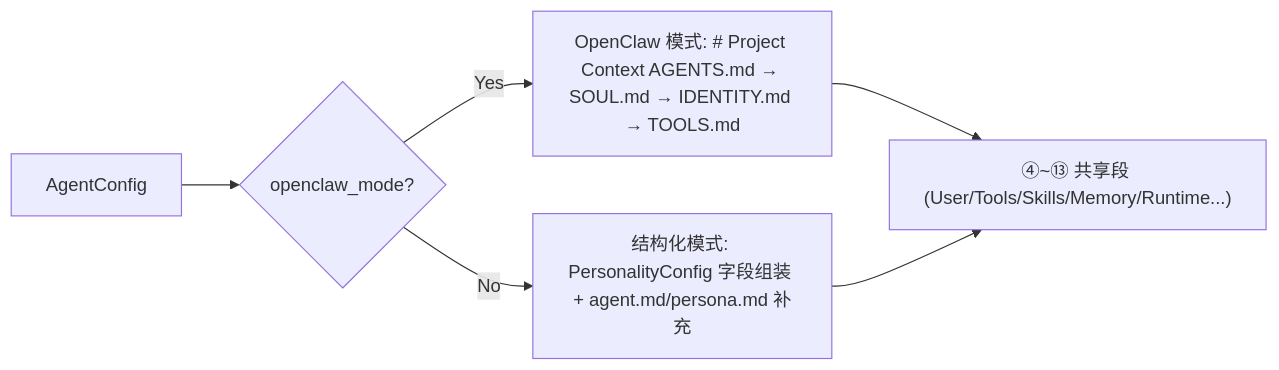
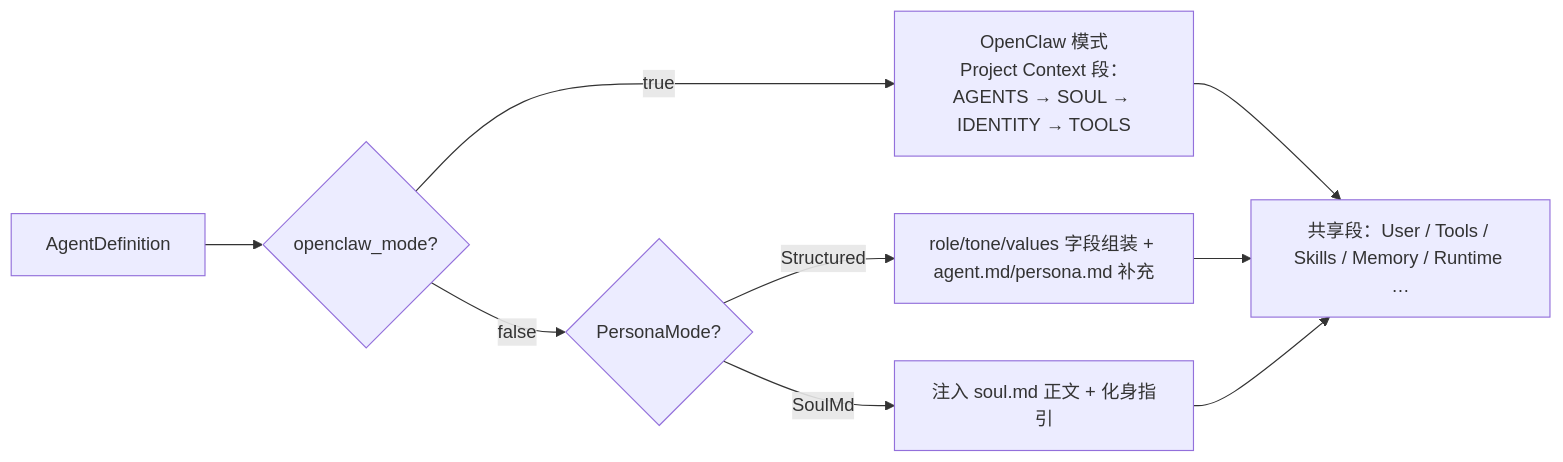
One commit to shiwenwen/hope-agent changed the fourth of 4 diagrams in docs/architecture/prompt-system.md. Above: the diagram before and after it, drawn with Mermaid. The commit also changed other lines of this file and 12 other files, not shown here.

````diff
--- a/docs/architecture/prompt-system.md
+++ b/docs/architecture/prompt-system.md
@@ -67,8 +189,11 @@
 ```mermaid
-graph LR
-    CFG["AgentConfig"] --> C1{"openclaw_mode?"}
-    C1 -- Yes --> OC["OpenClaw 模式: # Project Context AGENTS.md → SOUL.md → IDENTITY.md → TOOLS.md"]
-    C1 -- No --> ST["结构化模式: PersonalityConfig 字段组装 + agent.md/persona.md 补充"]
-    OC --> REST["④~⑬ 共享段 (User/Tools/Skills/Memory/Runtime...)"]
-    ST --> REST
+flowchart LR
+    CFG["AgentDefinition"] --> C1{"openclaw_mode?"}
+    C1 -- "true" --> OC["OpenClaw 模式<br/>Project Context 段：AGENTS → SOUL → IDENTITY → TOOLS"]
+    C1 -- "false" --> ST{"PersonaMode?"}
+    ST -- "Structured" --> STA["role/tone/values 字段组装 + agent.md/persona.md 补充"]
+    ST -- "SoulMd" --> STB["注入 soul.md 正文 + 化身指引"]
+    OC --> REST["共享段：User / Tools / Skills / Memory / Runtime …"]
+    STA --> REST
+    STB --> REST
 ```
````
